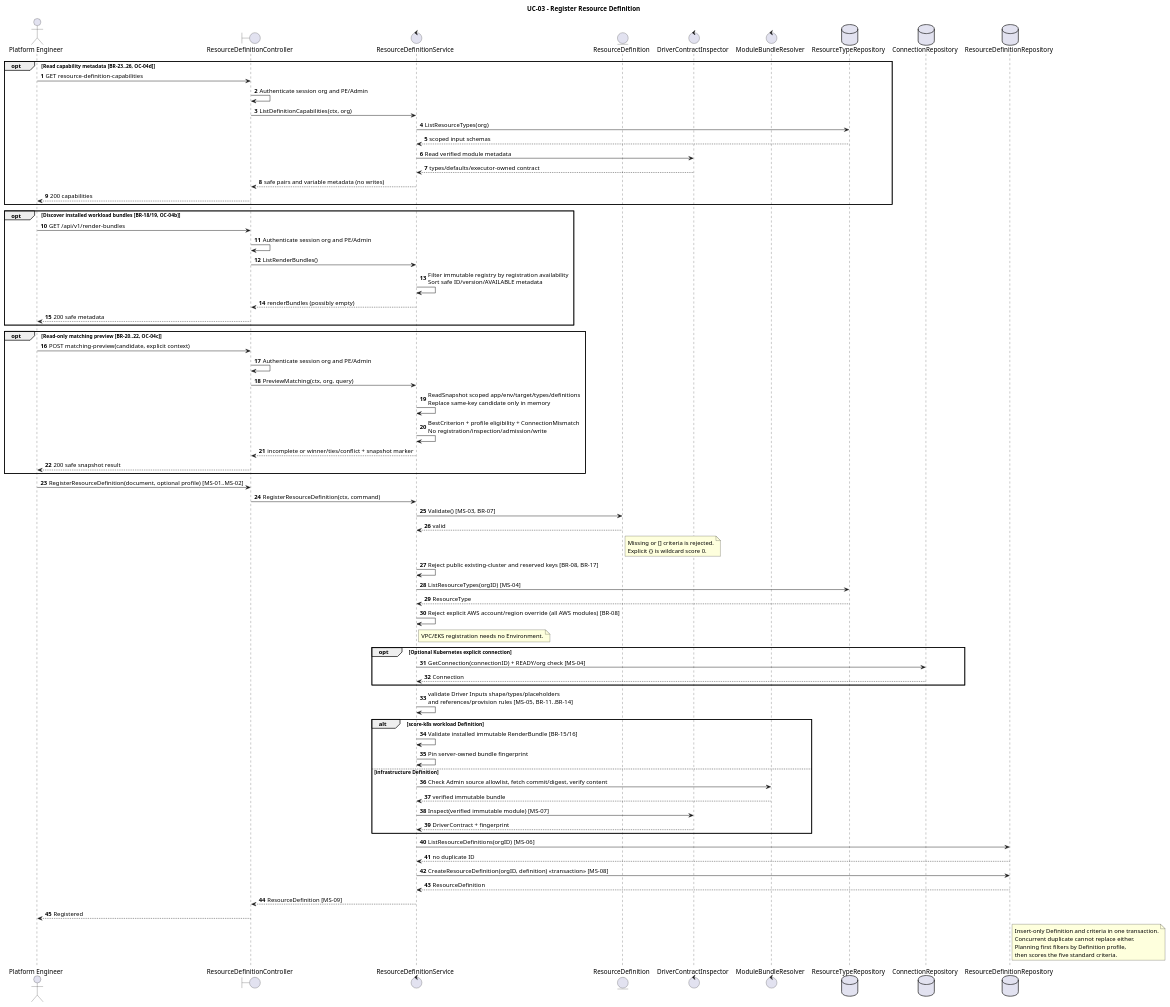
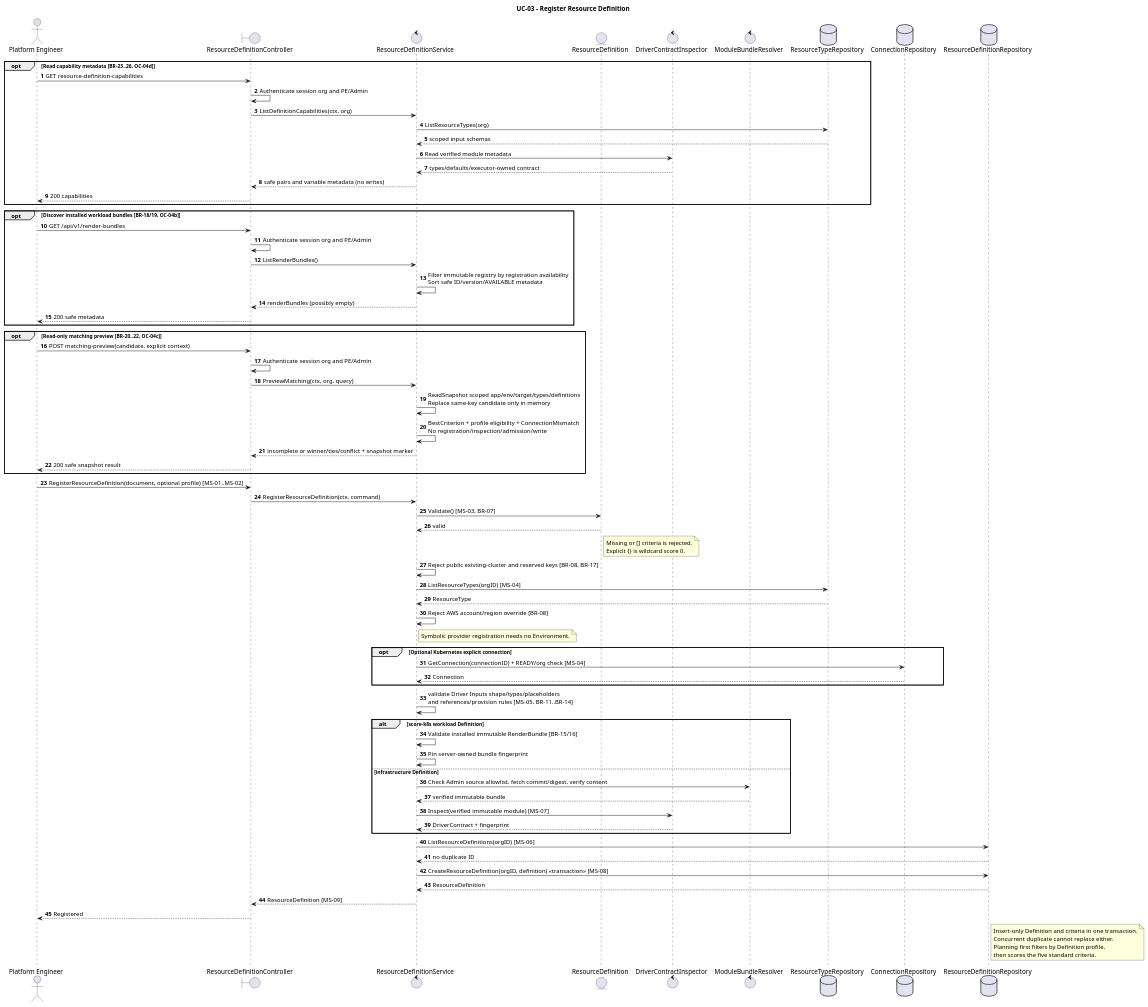
Before and after one commit to pr3s3nt/poc: the diagram in orchestrator_docs/usecase/UC-03/sequence.puml, drawn with PlantUML. The commit also changed 124 other files, not shown here.

```diff
--- a/orchestrator_docs/usecase/UC-03/sequence.puml
+++ b/orchestrator_docs/usecase/UC-03/sequence.puml
@@ -1,85 +1,85 @@
 @startuml
 title UC-03 - Register Resource Definition
 autonumber
 actor "Platform Engineer" as PE
 boundary ResourceDefinitionController as API
 control ResourceDefinitionService as Service
 entity ResourceDefinition as Validator
 control DriverContractInspector as Inspector
 control ModuleBundleResolver as Modules
 database ResourceTypeRepository as TypeRepo
 database ConnectionRepository as ConnectionRepo
 database ResourceDefinitionRepository as DefinitionRepo
 
 opt Read capability metadata [BR-23..26, OC-04d]
 PE -> API: GET resource-definition-capabilities
 API -> API: Authenticate session org and PE/Admin
 API -> Service: ListDefinitionCapabilities(ctx, org)
 Service -> TypeRepo: ListResourceTypes(org)
 TypeRepo --> Service: scoped input schemas
 Service -> Inspector: Read verified module metadata
 Inspector --> Service: types/defaults/executor-owned contract
 Service --> API: safe pairs and variable metadata (no writes)
 API --> PE: 200 capabilities
 end
 
 opt Discover installed workload bundles [BR-18/19, OC-04b]
 PE -> API: GET /api/v1/render-bundles
 API -> API: Authenticate session org and PE/Admin
 API -> Service: ListRenderBundles()
 Service -> Service: Filter immutable registry by registration availability\nSort safe ID/version/AVAILABLE metadata
 Service --> API: renderBundles (possibly empty)
 API --> PE: 200 safe metadata
 end
 
 opt Read-only matching preview [BR-20..22, OC-04c]
 PE -> API: POST matching-preview(candidate, explicit context)
 API -> API: Authenticate session org and PE/Admin
 API -> Service: PreviewMatching(ctx, org, query)
 Service -> Service: ReadSnapshot scoped app/env/target/types/definitions\nReplace same-key candidate only in memory
 Service -> Service: BestCriterion + profile eligibility + ConnectionMismatch\nNo registration/inspection/admission/write
 Service --> API: incomplete or winner/ties/conflict + snapshot marker
 API --> PE: 200 safe snapshot result
 end
 
 PE -> API: RegisterResourceDefinition(document, optional profile) [MS-01..MS-02]
 API -> Service: RegisterResourceDefinition(ctx, command)
 Service -> Validator: Validate() [MS-03, BR-07]
 Validator --> Service: valid
 note right of Validator
 Missing or [] criteria is rejected.
 Explicit {} is wildcard score 0.
 end note
 Service -> Service: Reject public existing-cluster and reserved keys [BR-08, BR-17]
 Service -> TypeRepo: ListResourceTypes(orgID) [MS-04]
 TypeRepo --> Service: ResourceType
-Service -> Service: Reject explicit AWS account/region override (all AWS modules) [BR-08]
-note right of Service: VPC/EKS registration needs no Environment.
+Service -> Service: Reject AWS account/region override [BR-08]
+note right of Service: Symbolic provider registration needs no Environment.
 opt Optional Kubernetes explicit connection
 Service -> ConnectionRepo: GetConnection(connectionID) + READY/org check [MS-04]
 ConnectionRepo --> Service: Connection
 end
 Service -> Service: validate Driver Inputs shape/types/placeholders\nand references/provision rules [MS-05, BR-11..BR-14]
 alt score-k8s workload Definition
   Service -> Service: Validate installed immutable RenderBundle [BR-15/16]
   Service -> Service: Pin server-owned bundle fingerprint
 else infrastructure Definition
   Service -> Modules: Check Admin source allowlist, fetch commit/digest, verify content
   Modules --> Service: verified immutable bundle
   Service -> Inspector: Inspect(verified immutable module) [MS-07]
   Inspector --> Service: DriverContract + fingerprint
 end
 Service -> DefinitionRepo: ListResourceDefinitions(orgID) [MS-06]
 DefinitionRepo --> Service: no duplicate ID
 Service -> DefinitionRepo: CreateResourceDefinition(orgID, definition) <<transaction>> [MS-08]
 DefinitionRepo --> Service: ResourceDefinition
 Service --> API: ResourceDefinition [MS-09]
 API --> PE: Registered
 note right of DefinitionRepo
 Insert-only Definition and criteria in one transaction.
 Concurrent duplicate cannot replace either.
 Planning first filters by Definition profile,
 then scores the five standard criteria.
 end note
 
 @enduml
```
